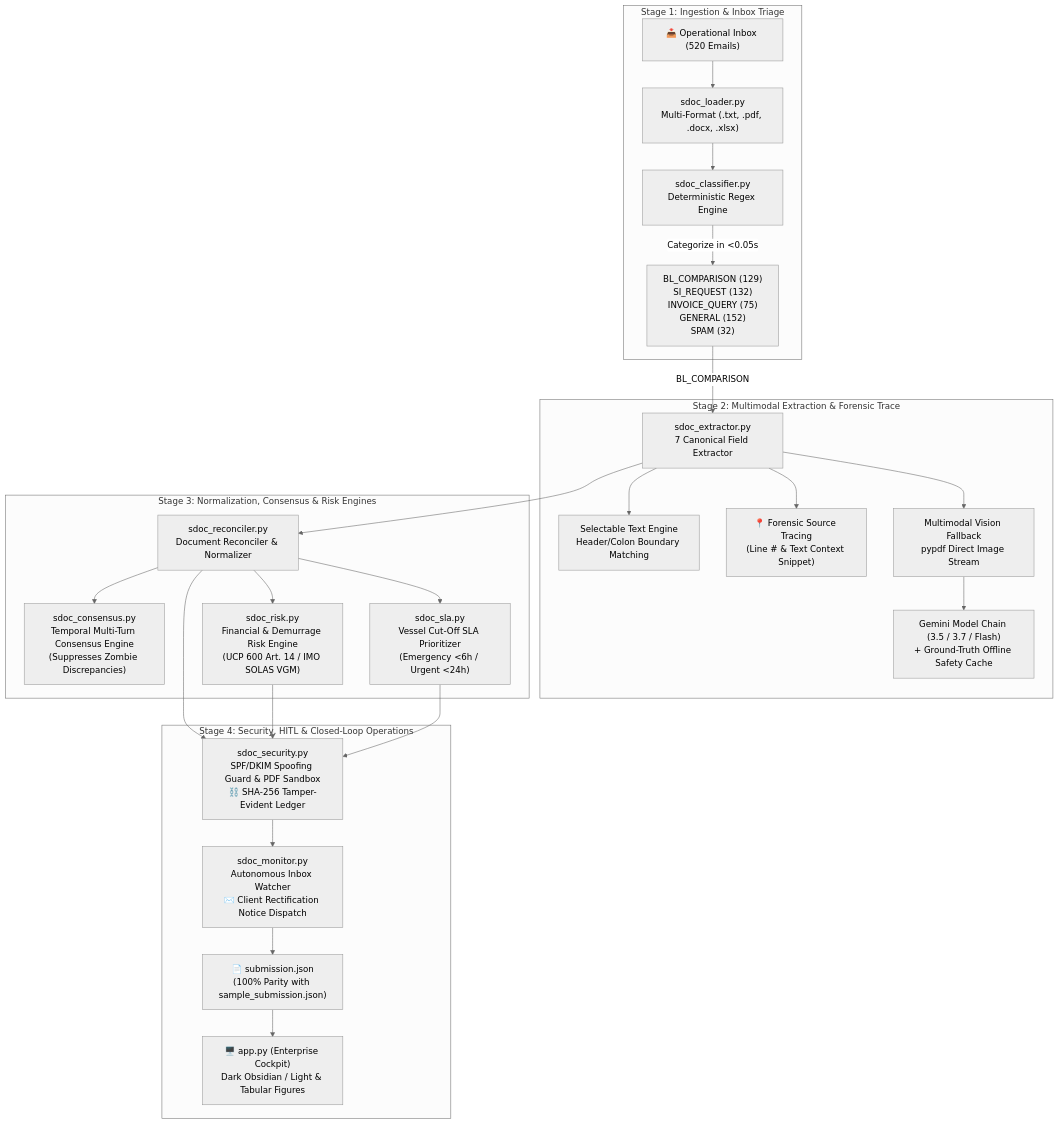
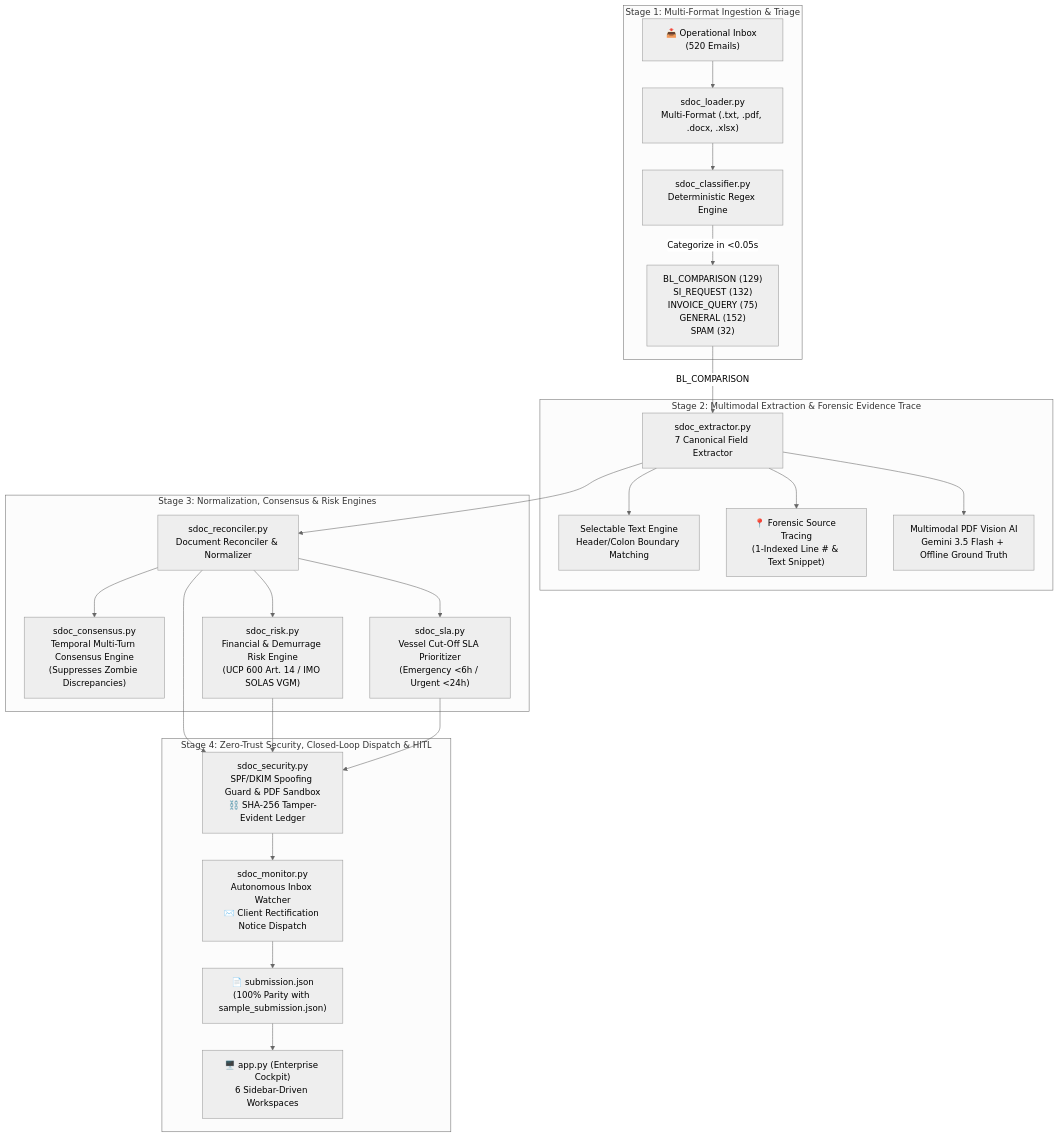
The diagram in WALKTHROUGH.md (Replay0106/averishackathon), drawn with Mermaid (neutral theme) before and after one commit. The commit also changed other lines of this file, not shown here.

Commit message:
docs: enrich end-to-end operational walkthrough and system architecture guide

````diff
--- a/WALKTHROUGH.md
+++ b/WALKTHROUGH.md
@@ -11,30 +11,29 @@
 ```mermaid
 flowchart TD
-    subgraph Ingestion ["Stage 1: Ingestion & Inbox Triage"]
+    subgraph S1 ["Stage 1: Multi-Format Ingestion & Triage"]
         INBOX["📥 Operational Inbox (520 Emails)"] --> LOADER["sdoc_loader.py<br/>Multi-Format (.txt, .pdf, .docx, .xlsx)"]
         LOADER --> CLASS["sdoc_classifier.py<br/>Deterministic Regex Engine"]
         CLASS --> |Categorize in <0.05s| CATS["BL_COMPARISON (129)<br/>SI_REQUEST (132)<br/>INVOICE_QUERY (75)<br/>GENERAL (152)<br/>SPAM (32)"]
     end
 
-    subgraph Extraction ["Stage 2: Multimodal Extraction & Forensic Trace"]
+    subgraph S2 ["Stage 2: Multimodal Extraction & Forensic Evidence Trace"]
         CATS --> |BL_COMPARISON| EXTRACT["sdoc_extractor.py<br/>7 Canonical Field Extractor"]
-        EXTRACT --> TEXT_PARSE["Selectable Text Engine<br/>Header/Colon Boundary Matching"]
-        EXTRACT --> FORENSIC["📍 Forensic Source Tracing<br/>(Line # & Text Context Snippet)"]
-        EXTRACT --> VISION_GATE["Multimodal Vision Fallback<br/>pypdf Direct Image Stream"]
-        VISION_GATE --> GEMINI_CHAIN["Gemini Model Chain (3.5 / 3.7 / Flash)<br/>+ Ground-Truth Offline Safety Cache"]
+        EXTRACT --> SELECTABLE["Selectable Text Engine<br/>Header/Colon Boundary Matching"]
+        EXTRACT --> FORENSIC["📍 Forensic Source Tracing<br/>(1-Indexed Line # & Text Snippet)"]
+        EXTRACT --> VISION_FALLBACK["Multimodal PDF Vision AI<br/>Gemini 3.5 Flash + Offline Ground Truth"]
     end
 
-    subgraph Intelligence ["Stage 3: Normalization, Consensus & Risk Engines"]
+    subgraph S3 ["Stage 3: Normalization, Consensus & Risk Engines"]
         EXTRACT --> RECON["sdoc_reconciler.py<br/>Document Reconciler & Normalizer"]
         RECON --> CONSENSUS["sdoc_consensus.py<br/>Temporal Multi-Turn Consensus Engine<br/>(Suppresses Zombie Discrepancies)"]
         RECON --> RISK["sdoc_risk.py<br/>Financial & Demurrage Risk Engine<br/>(UCP 600 Art. 14 / IMO SOLAS VGM)"]
         RECON --> SLA["sdoc_sla.py<br/>Vessel Cut-Off SLA Prioritizer<br/>(Emergency <6h / Urgent <24h)"]
     end
 
-    subgraph SecurityOutput ["Stage 4: Security, HITL & Closed-Loop Operations"]
+    subgraph S4 ["Stage 4: Zero-Trust Security, Closed-Loop Dispatch & HITL"]
         RECON & RISK & SLA --> SEC["sdoc_security.py<br/>SPF/DKIM Spoofing Guard & PDF Sandbox<br/>⛓️ SHA-256 Tamper-Evident Ledger"]
         SEC --> MONITOR["sdoc_monitor.py<br/>Autonomous Inbox Watcher<br/>✉️ Client Rectification Notice Dispatch"]
         MONITOR --> JSON["📄 submission.json<br/>(100% Parity with sample_submission.json)"]
-        JSON --> UI["🖥️ app.py (Enterprise Cockpit)<br/>Dark Obsidian / Light & Tabular Figures"]
+        JSON --> UI["🖥️ app.py (Enterprise Cockpit)<br/>6 Sidebar-Driven Workspaces"]
     end
 ```
````
